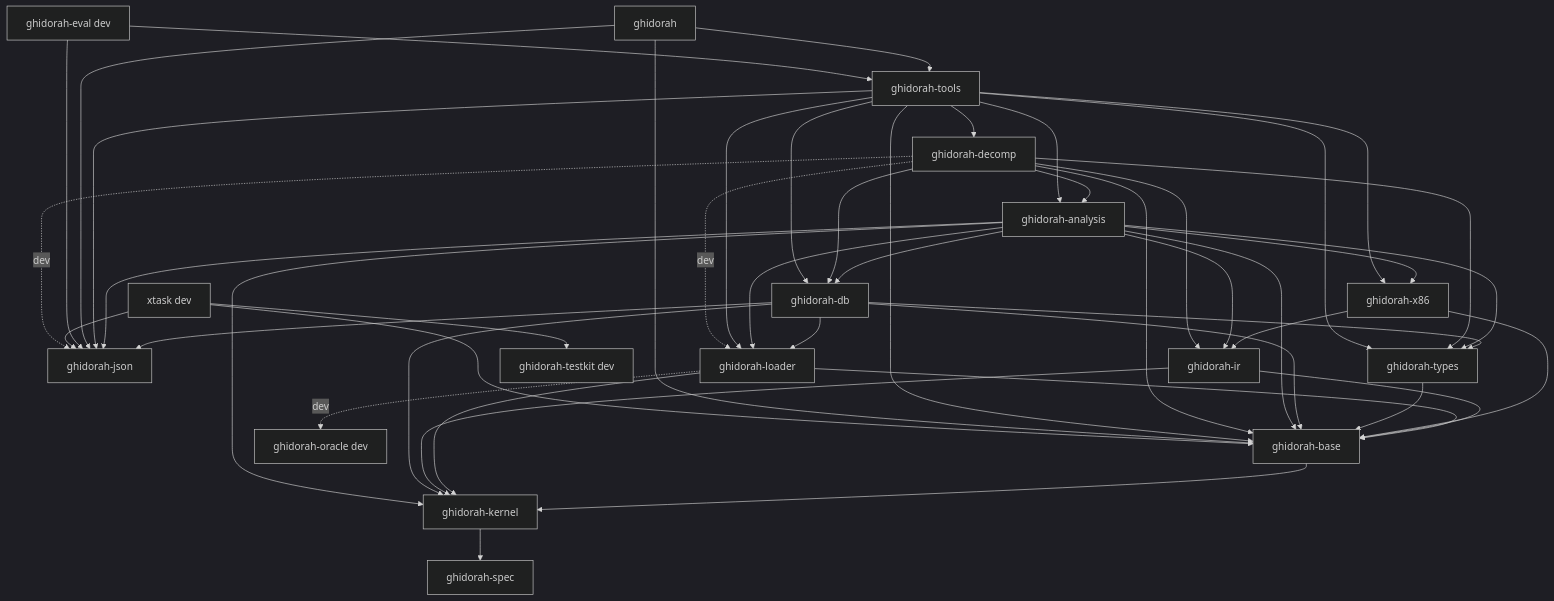
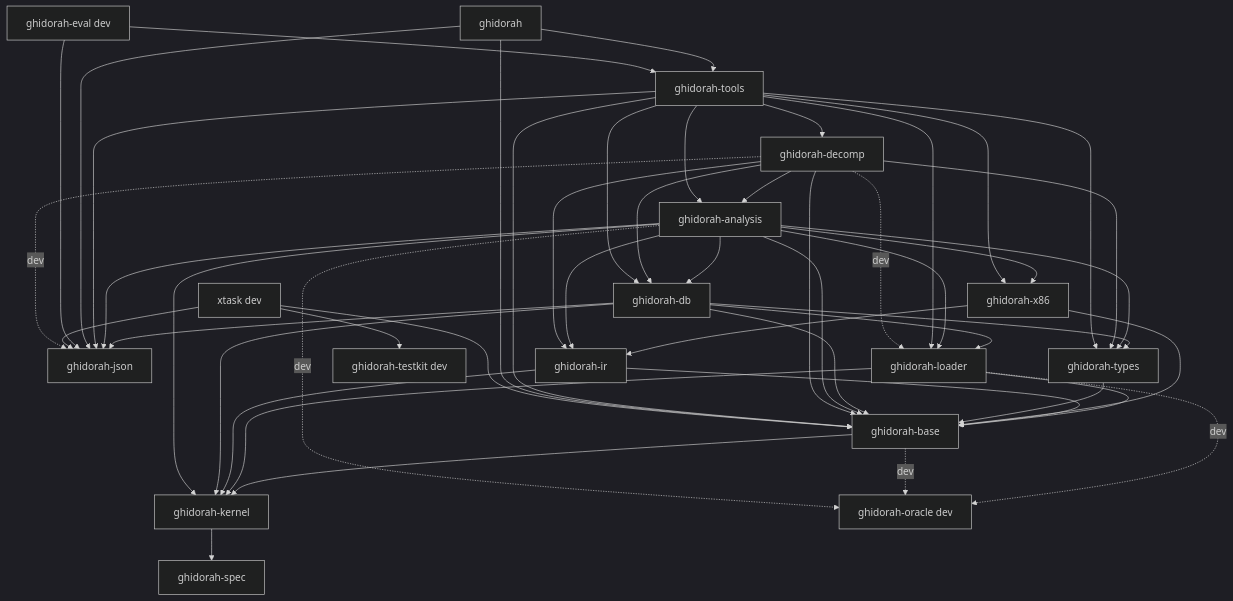
One commit to madmax983/ghidorah changed the diagram in docs/architecture/crates.mmd. Above: the diagram before and after it, drawn with Mermaid (dark theme). The commit also changed 10 other files, not shown here.

```diff
--- a/docs/architecture/crates.mmd
+++ b/docs/architecture/crates.mmd
@@ -1,66 +1,68 @@
 %% Generated by `cargo xtask deps`. Do not edit.
 graph TD
   spec[ghidorah-spec]
   kernel[ghidorah-kernel]
   base[ghidorah-base]
   json[ghidorah-json]
   loader[ghidorah-loader]
   x86[ghidorah-x86]
   ir[ghidorah-ir]
   types[ghidorah-types]
   db[ghidorah-db]
   analysis[ghidorah-analysis]
   decomp[ghidorah-decomp]
   tools[ghidorah-tools]
   cli[ghidorah]
   eval[ghidorah-eval dev]
   testkit[ghidorah-testkit dev]
   oracle[ghidorah-oracle dev]
   xtask[xtask dev]
   kernel --> spec
   base --> kernel
   loader --> base
   loader --> kernel
   ir --> base
   ir --> kernel
   x86 --> ir
   x86 --> base
   types --> base
   db --> base
   db --> kernel
   db --> json
   db --> loader
   db --> types
   analysis --> db
   analysis --> ir
   analysis --> x86
   analysis --> types
   analysis --> loader
   analysis --> base
   analysis --> kernel
   analysis --> json
   decomp --> analysis
   decomp --> base
   decomp --> ir
   decomp --> db
   decomp --> types
   tools --> decomp
   tools --> analysis
   tools --> db
   tools --> x86
   tools --> types
   tools --> loader
   tools --> json
   tools --> base
   cli --> tools
   cli --> json
   cli --> base
   eval --> tools
   eval --> json
   xtask --> json
   xtask --> base
   xtask --> testkit
   loader -. dev .-> oracle
+  base -. dev .-> oracle
+  analysis -. dev .-> oracle
   decomp -. dev .-> json
   decomp -. dev .-> loader
   %% Every package except testkit can take it as a dev-dependency.
```
